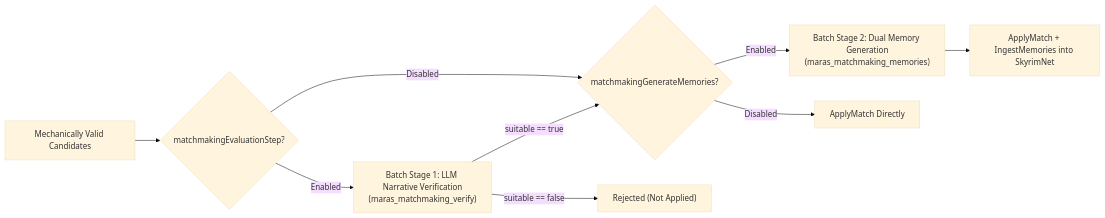
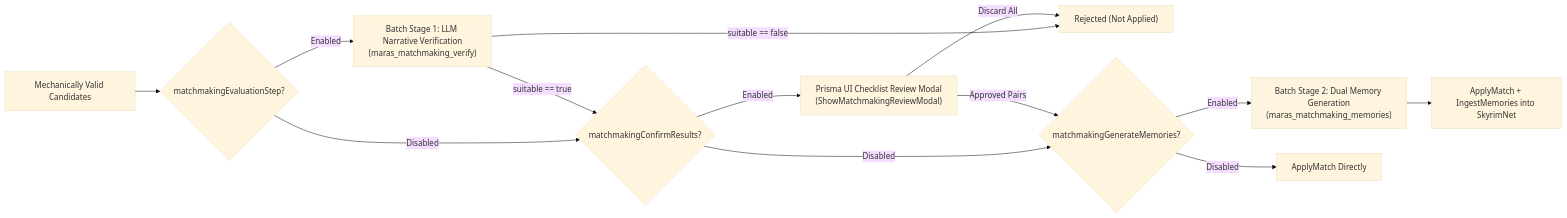
One commit to tetherball88/maras changed the diagram in docs/modder/services/MatchmakingService.md. Above: the diagram before and after it, drawn with Mermaid (base theme). The commit also changed other lines of this file and 79 other files, not shown here.

````diff
--- a/docs/modder/services/MatchmakingService.md
+++ b/docs/modder/services/MatchmakingService.md
@@ -78,11 +78,15 @@
 ```mermaid
 flowchart LR
     Cand["Mechanically Valid Candidates"] --> EvalCheck{"matchmakingEvaluationStep?"}
     EvalCheck -- "Enabled" --> Tier2["Batch Stage 1: LLM Narrative Verification\n(maras_matchmaking_verify)"]
-    EvalCheck -- "Disabled" --> MemCheck
-    Tier2 -- "suitable == true" --> MemCheck{"matchmakingGenerateMemories?"}
+    EvalCheck -- "Disabled" --> ReviewCheck
+    Tier2 -- "suitable == true" --> ReviewCheck{"matchmakingConfirmResults?"}
     Tier2 -- "suitable == false" --> Reject["Rejected (Not Applied)"]
+    ReviewCheck -- "Enabled" --> ReviewModal["Prisma UI Checklist Review Modal\n(ShowMatchmakingReviewModal)"]
+    ReviewCheck -- "Disabled" --> MemCheck{"matchmakingGenerateMemories?"}
+    ReviewModal -- "Approved Pairs" --> MemCheck
+    ReviewModal -- "Discard All" --> Reject
     MemCheck -- "Enabled" --> MemBatch["Batch Stage 2: Dual Memory Generation\n(maras_matchmaking_memories)"]
     MemCheck -- "Disabled" --> ApplyDirect["ApplyMatch Directly"]
     MemBatch --> ApplyAndIngest["ApplyMatch + IngestMemories into SkyrimNet"]
 ```
````
